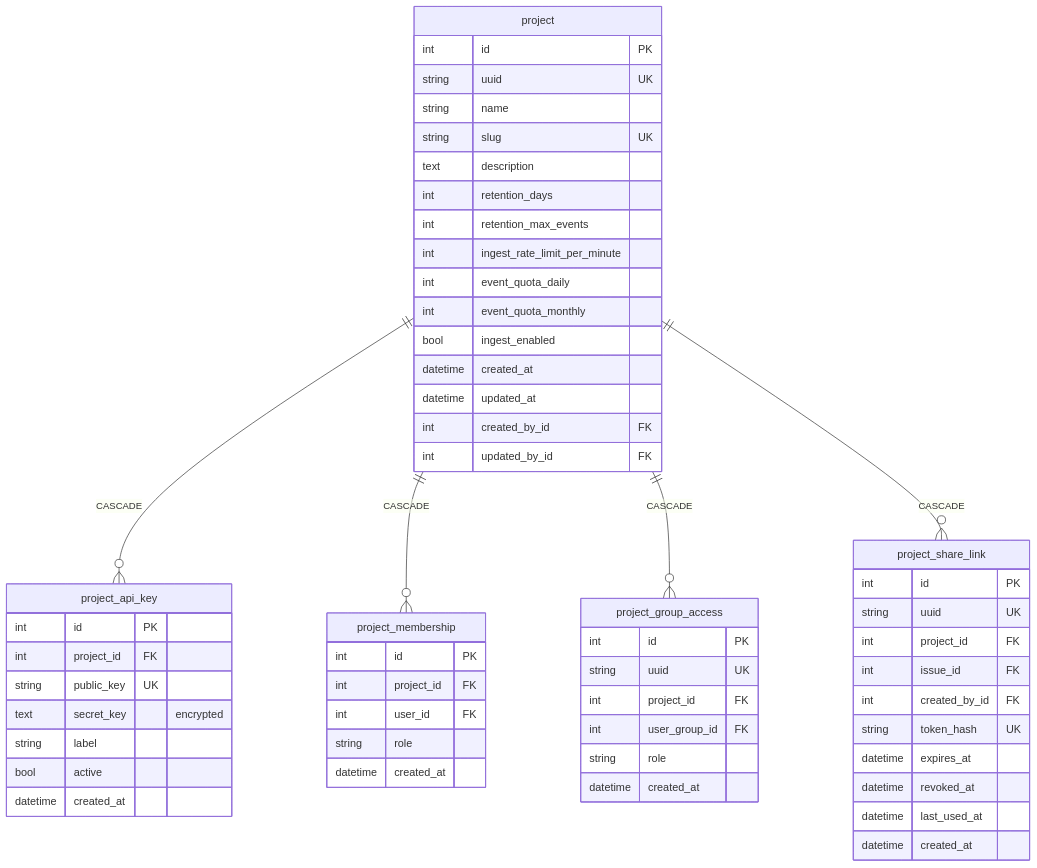
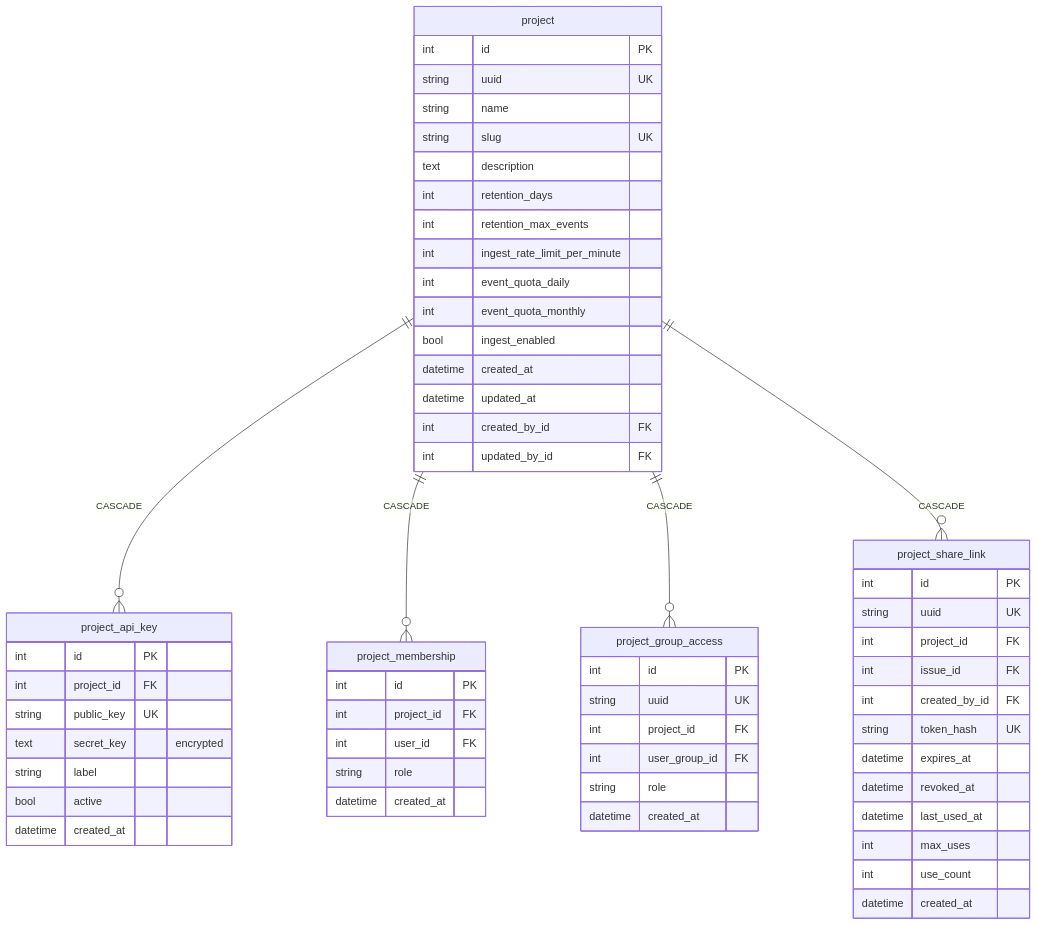
One commit to nowo-tech/symfony-beacon changed the third of 7 diagrams in docs/DATABASE.md. Above: the diagram before and after it, drawn with Mermaid. The commit also changed 17 other files, not shown here.

First line of the commit message:
Add optional max uses for project share links (061). (#4)

````diff
--- a/docs/DATABASE.md
+++ b/docs/DATABASE.md
@@ -145,65 +145,67 @@
 ```mermaid
 erDiagram
     project {
         int id PK
         string uuid UK
         string name
         string slug UK
         text description
         int retention_days
         int retention_max_events
         int ingest_rate_limit_per_minute
         int event_quota_daily
         int event_quota_monthly
         bool ingest_enabled
         datetime created_at
         datetime updated_at
         int created_by_id FK
         int updated_by_id FK
     }
 
     project_api_key {
         int id PK
         int project_id FK
         string public_key UK
         text secret_key "encrypted"
         string label
         bool active
         datetime created_at
     }
 
     project_membership {
         int id PK
         int project_id FK
         int user_id FK
         string role
         datetime created_at
     }
 
     project_group_access {
         int id PK
         string uuid UK
         int project_id FK
         int user_group_id FK
         string role
         datetime created_at
     }
 
     project_share_link {
         int id PK
         string uuid UK
         int project_id FK
         int issue_id FK
         int created_by_id FK
         string token_hash UK
         datetime expires_at
         datetime revoked_at
         datetime last_used_at
+        int max_uses
+        int use_count
         datetime created_at
     }
 
     project ||--o{ project_api_key : CASCADE
     project ||--o{ project_membership : CASCADE
     project ||--o{ project_group_access : CASCADE
     project ||--o{ project_share_link : CASCADE
 ```
````
